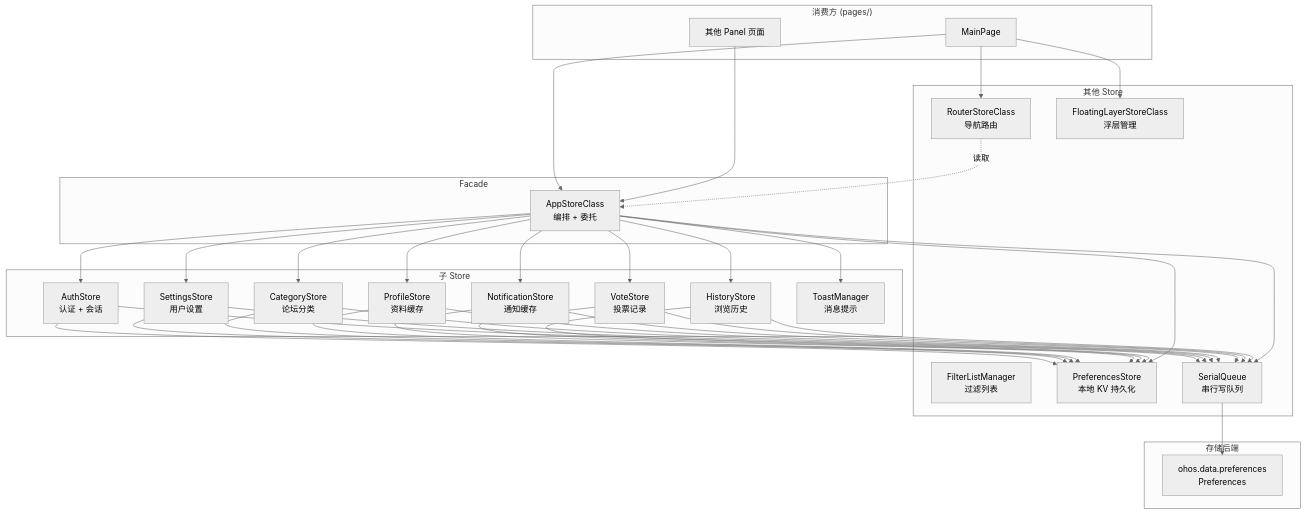
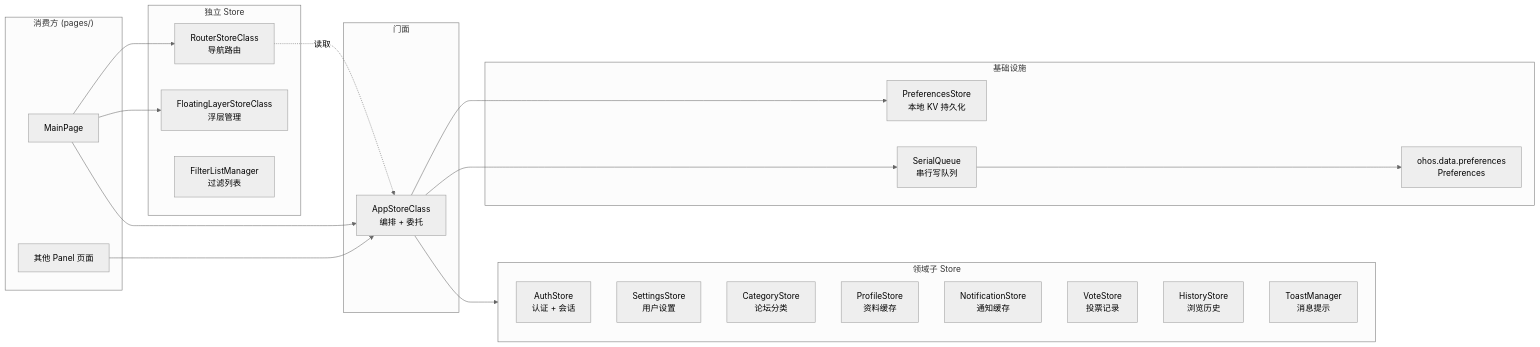
The first of 2 diagrams in .wiki/状态管理层/Store架构.md (wgzysq-rgb/nga_harmony), drawn with Mermaid (neutral theme) before and after one commit. The commit also changed other lines of this file and 5 other files, not shown here.

````diff
--- a/.wiki/状态管理层/Store架构.md
+++ b/.wiki/状态管理层/Store架构.md
@@ -7,69 +7,44 @@
 ```mermaid
-graph TB
-    subgraph "Facade"
+graph LR
+    subgraph Facade["门面"]
         AStore["AppStoreClass<br/>编排 + 委托"]
     end
 
-    subgraph "子 Store"
+    subgraph Children["领域子 Store"]
         Auth["AuthStore<br/>认证 + 会话"]
         Settings["SettingsStore<br/>用户设置"]
         Cat["CategoryStore<br/>论坛分类"]
         Profile["ProfileStore<br/>资料缓存"]
         Noti["NotificationStore<br/>通知缓存"]
         Vote["VoteStore<br/>投票记录"]
         History["HistoryStore<br/>浏览历史"]
         Toast["ToastManager<br/>消息提示"]
     end
 
-    subgraph "其他 Store"
+    subgraph Infra["基础设施"]
+        PStore["PreferencesStore<br/>本地 KV 持久化"]
+        SQ["SerialQueue<br/>串行写队列"]
+        PS["ohos.data.preferences<br/>Preferences"]
+    end
+
+    subgraph Other["独立 Store"]
         RStore["RouterStoreClass<br/>导航路由"]
         FLStore["FloatingLayerStoreClass<br/>浮层管理"]
         FLM["FilterListManager<br/>过滤列表"]
-        PStore["PreferencesStore<br/>本地 KV 持久化"]
-        SQ["SerialQueue<br/>串行写队列"]
     end
 
-    subgraph "存储后端"
-        PS["ohos.data.preferences<br/>Preferences"]
-    end
-
-    AStore --> Auth
-    AStore --> Settings
-    AStore --> Cat
-    AStore --> Profile
-    AStore --> Noti
-    AStore --> Vote
-    AStore --> History
-    AStore --> Toast
-
-    Auth --> PStore
-    Auth --> SQ
-    Settings --> PStore
-    Settings --> SQ
-    Cat --> PStore
-    Cat --> SQ
-    Profile --> PStore
-    Profile --> SQ
-    Noti --> PStore
-    Noti --> SQ
-    Vote --> PStore
-    Vote --> SQ
-    History --> PStore
-    History --> SQ
-
-    AStore --> PStore
-    AStore --> SQ
-    SQ --> PS
-
-    RStore -.->|读取| AStore
-
-    subgraph "消费方 (pages/)"
+    subgraph Consumer["消费方 (pages/)"]
         MPage["MainPage"]
         Others["其他 Panel 页面"]
     end
 
+    AStore --> Children
+    AStore --> PStore
+    AStore --> SQ
+    SQ --> PS
+    RStore -.->|"读取"| AStore
     MPage --> RStore
     MPage --> AStore
     MPage --> FLStore
     Others --> AStore
 ```
````
